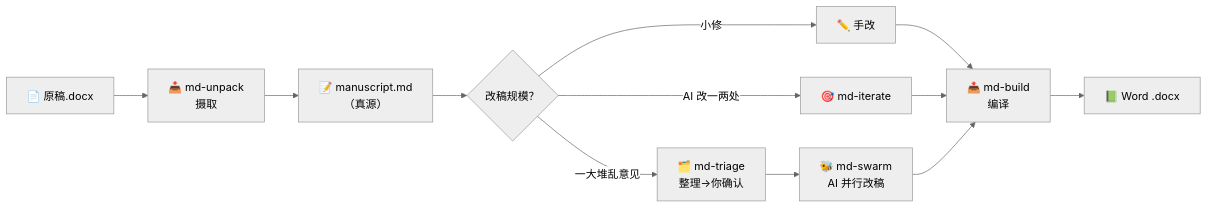
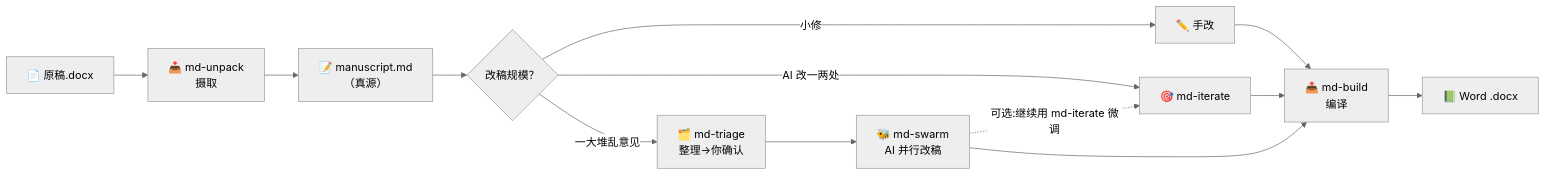
Before and after one commit to pwya/md-paper: the first of 2 diagrams in README.md, drawn with Mermaid (neutral theme). The commit also changed other lines of this file and 2 other files, not shown here.

Commit message:
docs(README): flexible skill order + 3 typical orders; optional md-iterate after md-swarm in flowchart; why-Markdown-first note after md-unpack; contributors + WeChat QR codes (bilingual)

````diff
--- a/README.md
+++ b/README.md
@@ -95,14 +95,15 @@
 ```mermaid
 flowchart LR
     A["📄 原稿.docx"] --> B["📥 md-unpack<br/>摄取"]
     B --> C["📝 manuscript.md<br/>（真源）"]
     C --> D{"改稿规模？"}
     D -->|"小修"| E["✏️ 手改"]
     D -->|"AI 改一两处"| K["🎯 md-iterate"]
     D -->|"一大堆乱意见"| T["🗂️ md-triage<br/>整理→你确认"]
     T --> F["🐝 md-swarm<br/>AI 并行改稿"]
+    F -.->|"可选:继续用 md-iterate 微调"| K
     E --> G["📤 md-build<br/>编译"]
     K --> G
     F --> G
     G --> H["📗 Word .docx"]
 ```
````
